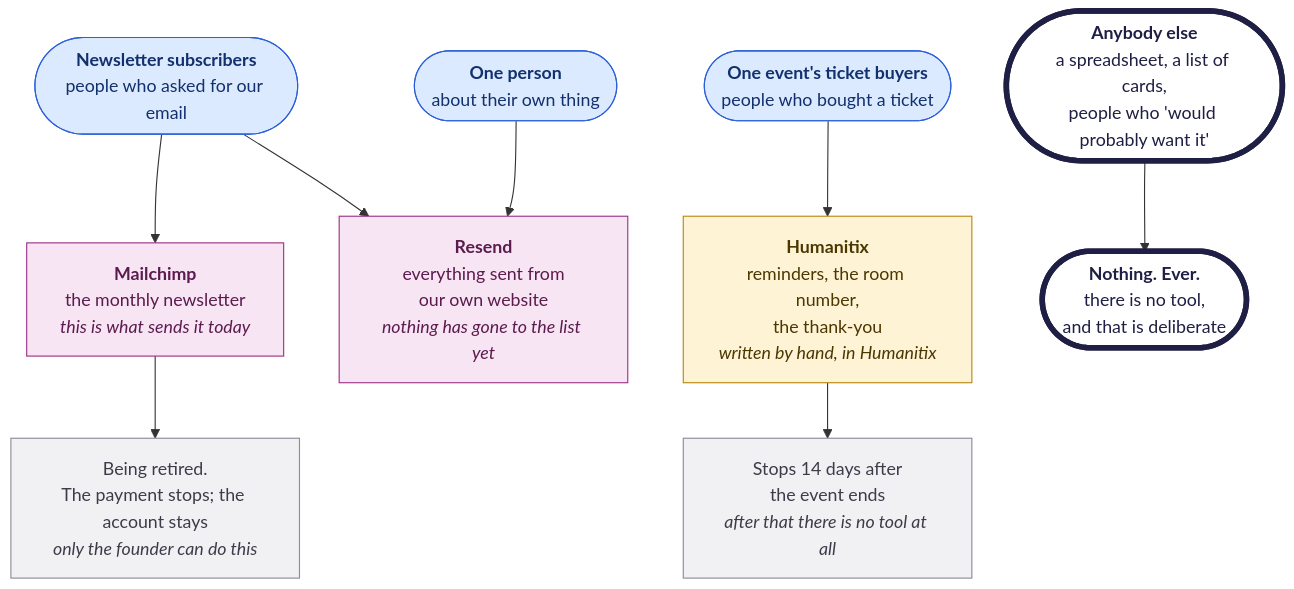
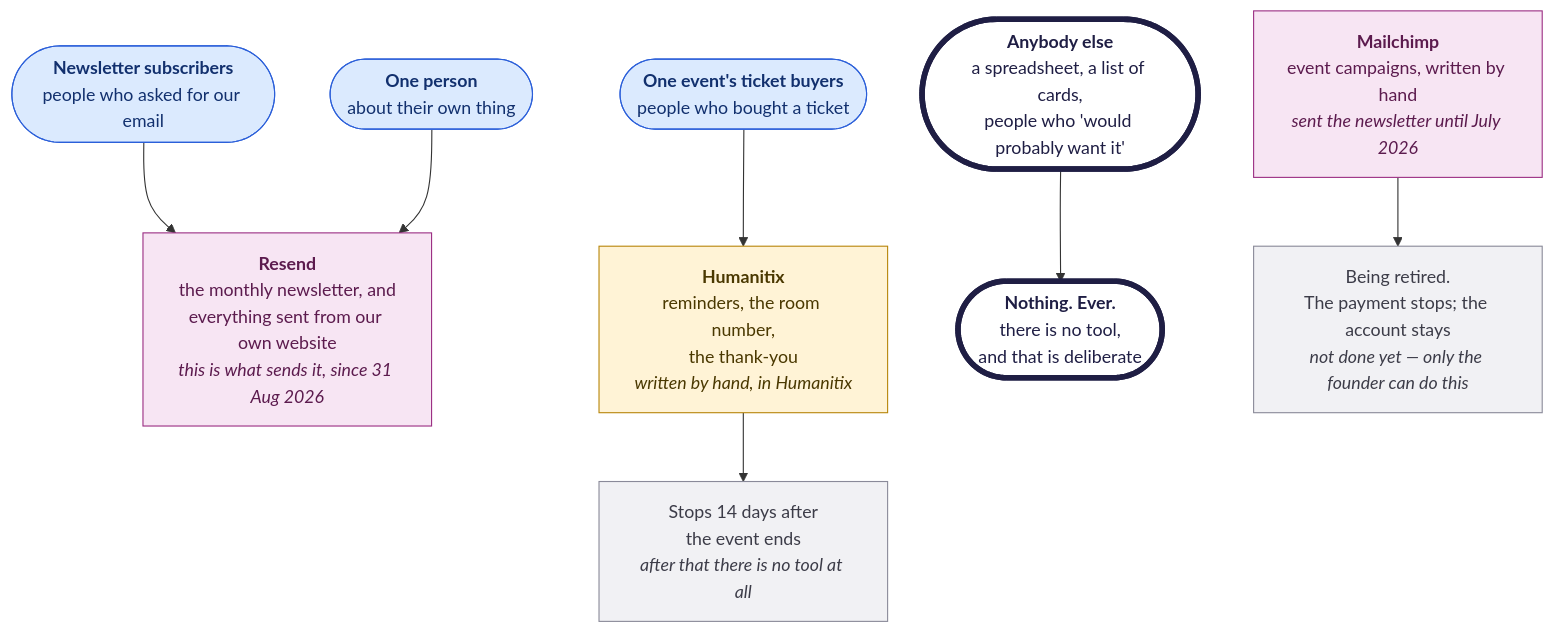
Before and after one commit to ChanMeng666/she-sharp: the diagram in docs/development/INTERNAL_EMAIL_PLAYBOOK.md, drawn with Mermaid. The commit also changed other lines of this file and 21 other files, not shown here.

````diff
--- a/docs/development/INTERNAL_EMAIL_PLAYBOOK.md
+++ b/docs/development/INTERNAL_EMAIL_PLAYBOOK.md
@@ -22,28 +22,28 @@
 ```mermaid
 flowchart TD
   SUBS(["<b>Newsletter subscribers</b><br/>people who asked for our email"])
   BUYERS(["<b>One event's ticket buyers</b><br/>people who bought a ticket"])
   PERSON(["<b>One person</b><br/>about their own thing"])
   NOBODY(["<b>Anybody else</b><br/>a spreadsheet, a list of cards,<br/>people who 'would probably want it'"])
 
-  SUBS --> MC["<b>Mailchimp</b><br/>the monthly newsletter<br/><i>this is what sends it today</i>"]
-  SUBS --> RS["<b>Resend</b><br/>everything sent from<br/>our own website<br/><i>nothing has gone to the list yet</i>"]
+  SUBS --> RS["<b>Resend</b><br/>the monthly newsletter, and<br/>everything sent from our own website<br/><i>this is what sends it, since 31 Aug 2026</i>"]
+  MC["<b>Mailchimp</b><br/>event campaigns, written by hand<br/><i>sent the newsletter until July 2026</i>"]
   PERSON --> RS
   BUYERS --> HX["<b>Humanitix</b><br/>reminders, the room number,<br/>the thank-you<br/><i>written by hand, in Humanitix</i>"]
   NOBODY --> NO(["<b>Nothing. Ever.</b><br/>there is no tool,<br/>and that is deliberate"])
 
-  MC --> RETIRE["Being retired.<br/>The payment stops; the account stays<br/><i>only the founder can do this</i>"]
+  MC --> RETIRE["Being retired.<br/>The payment stops; the account stays<br/><i>not done yet — only the founder can do this</i>"]
   HX --> WINDOW["Stops 14 days after<br/>the event ends<br/><i>after that there is no tool at all</i>"]
 
   classDef list fill:#dbeafe,stroke:#2b5fd9,color:#12306e
   classDef ours fill:#f7e5f3,stroke:#9b2e83,color:#5c1b4e
   classDef theirs fill:#fff3d6,stroke:#b8860b,color:#4a3800
   classDef stop fill:#ffffff,stroke:#1f1e44,color:#1f1e44,stroke-width:5px
   classDef note fill:#f1f1f4,stroke:#8a8a99,color:#3c3c48
 
   class SUBS,BUYERS,PERSON list
   class MC,RS ours
   class HX theirs
   class NOBODY,NO stop
   class RETIRE,WINDOW note
 ```
````
